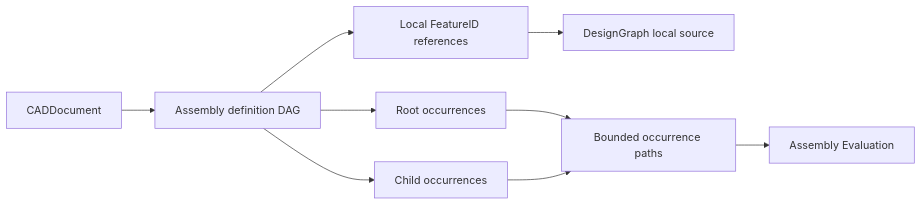
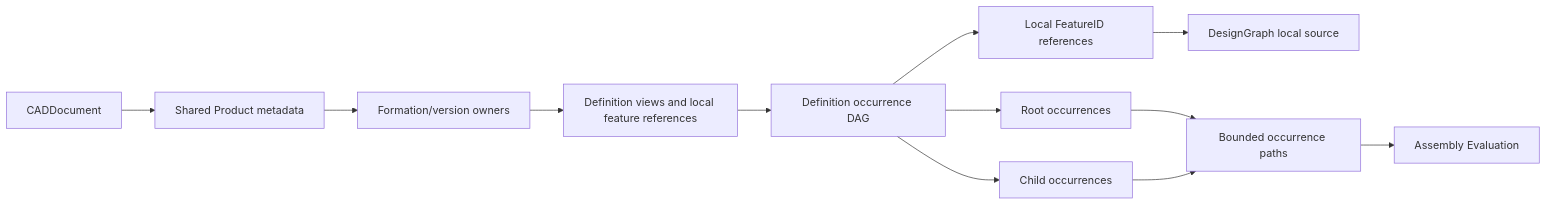
The diagram in Sources/CADIR/DocumentAssembly/DESIGN.md (1amageek/swift-CAD), drawn with Mermaid before and after one commit. The commit also changed other lines of this file and 46 other files, not shown here.

Commit message:
Preserve shared STEP product and formation sources

````diff
--- a/Sources/CADIR/DocumentAssembly/DESIGN.md
+++ b/Sources/CADIR/DocumentAssembly/DESIGN.md
@@ -41,11 +43,14 @@
 ```mermaid
 flowchart LR
-    Document[CADDocument] --> DAG[Assembly definition DAG]
+    Document[CADDocument] --> Product[Shared Product metadata]
+    Product --> Formation[Formation/version owners]
+    Formation --> Definition[Definition views and local feature references]
+    Definition --> DAG[Definition occurrence DAG]
     DAG --> Roots[Root occurrences]
     DAG --> Children[Child occurrences]
     DAG --> References[Local FeatureID references]
     References --> Graph[DesignGraph local source]
     Roots --> Paths[Bounded occurrence paths]
     Children --> Paths
     Paths --> Evaluation[Assembly Evaluation]
 ```
````
